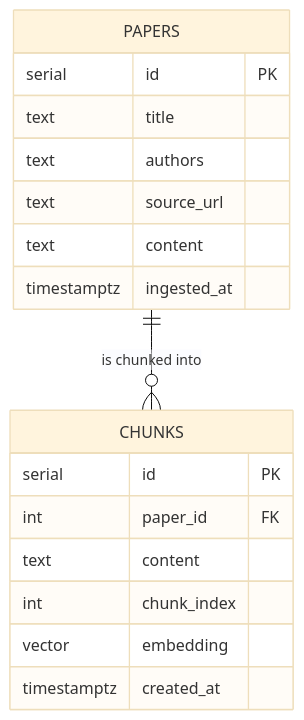
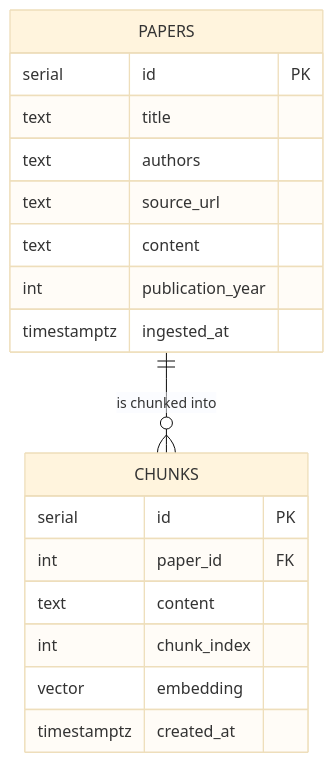
Before and after one commit to v-racine/logos: the diagram in README.md, drawn with Mermaid (base theme). The commit also changed other lines of this file and 2 other files, not shown here.

````diff
--- a/README.md
+++ b/README.md
@@ -59,22 +106,23 @@
 ```mermaid
-erDiagram
-    PAPERS {
-        serial id PK
-        text title
-        text authors
-        text source_url
-        text content
-        timestamptz ingested_at
-    }
+  erDiagram
+      PAPERS {
+          serial id PK
+          text title
+          text authors
+          text source_url
+          text content
+          int publication_year
+          timestamptz ingested_at
+      }
 
-    CHUNKS {
-        serial id PK
-        int paper_id FK
-        text content
-        int chunk_index
-        vector embedding
-        timestamptz created_at
-    }
+      CHUNKS {
+          serial id PK
+          int paper_id FK
+          text content
+          int chunk_index
+          vector embedding
+          timestamptz created_at
+      }
 
-    PAPERS ||--o{ CHUNKS : "is chunked into"
+      PAPERS ||--o{ CHUNKS : "is chunked into"
 ```
````
